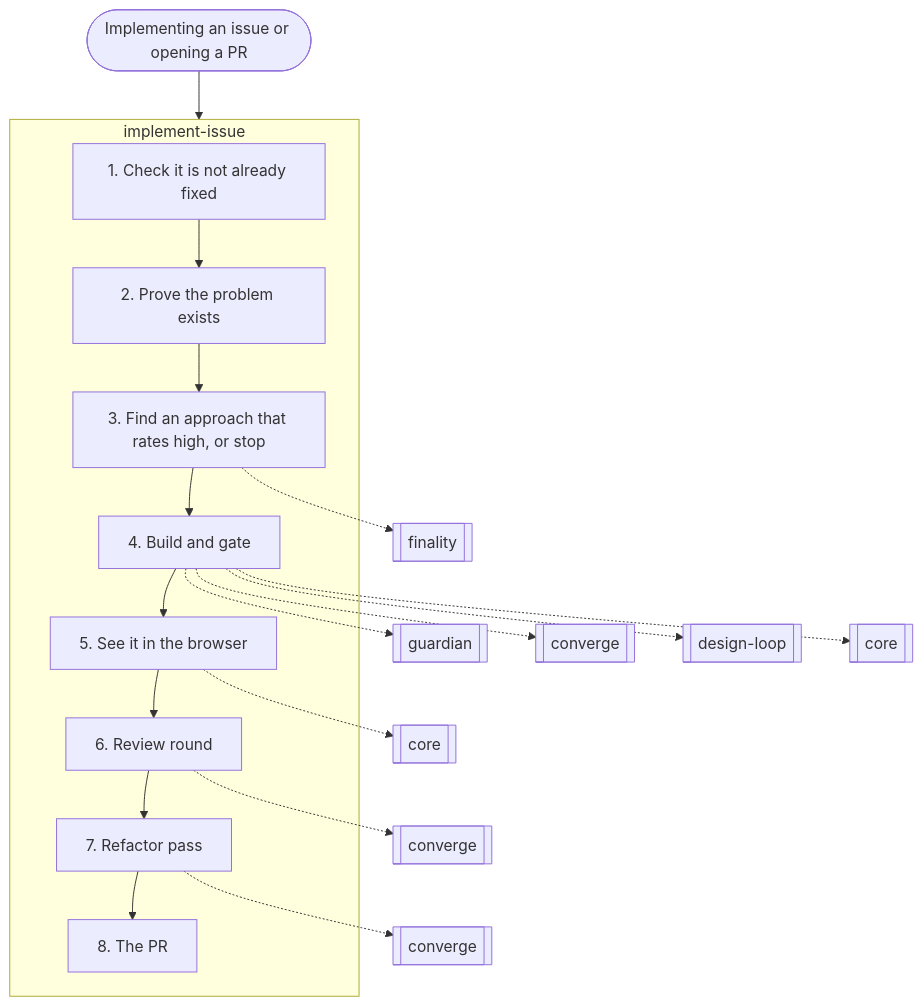
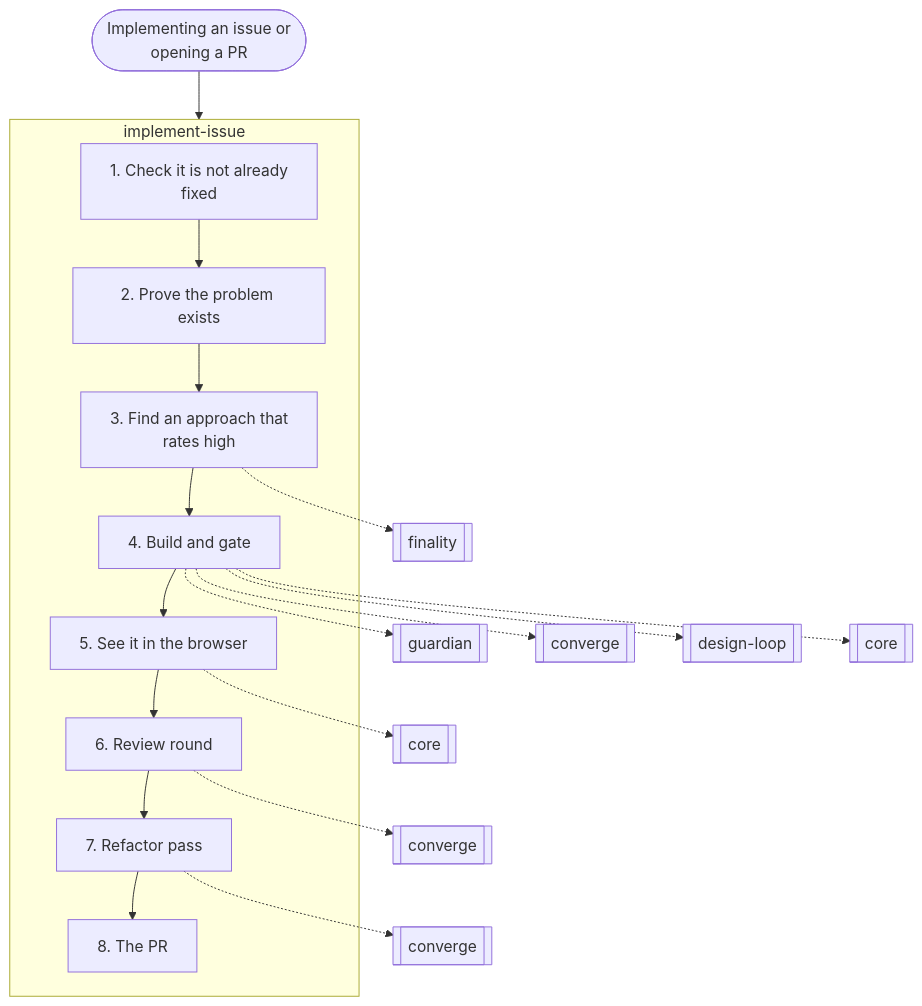
The sixth of 14 diagrams in docs/graphs.md (nitedani/mergeworthy), drawn with Mermaid before and after one commit. The commit also changed other lines of this file and 1 other file, not shown here.

First line of the commit message:
Graphs: short labels wrapped into lines, so GitHub doesn't cut them off

````diff
--- a/docs/graphs.md
+++ b/docs/graphs.md
@@ -161,30 +161,30 @@
 ```mermaid
 flowchart TB
-  start(["Implementing an issue or opening a PR"])
+  start(["Implementing an issue or<br/>opening a PR"])
   subgraph g0["implement-issue"]
-    s0["1. Check it is not already fixed"]
+    s0["1. Check it is not already<br/>fixed"]
     s1["2. Prove the problem exists"]
     s0 --> s1
-    s2["3. Find an approach that rates high, or stop"]
+    s2["3. Find an approach that<br/>rates high"]
     s1 --> s2
     s3["4. Build and gate"]
     s2 --> s3
     s4["5. See it in the browser"]
     s3 --> s4
     s5["6. Review round"]
     s4 --> s5
     s6["7. Refactor pass"]
     s5 --> s6
     s7["8. The PR"]
     s6 --> s7
   end
   s2 -.-> r1[["finality"]]
   s3 -.-> r2[["guardian"]]
   s3 -.-> r3[["converge"]]
   s3 -.-> r4[["design-loop"]]
   s3 -.-> r5[["core"]]
   s4 -.-> r6[["core"]]
   s5 -.-> r7[["converge"]]
   s6 -.-> r8[["converge"]]
   start --> g0
 ```
````
